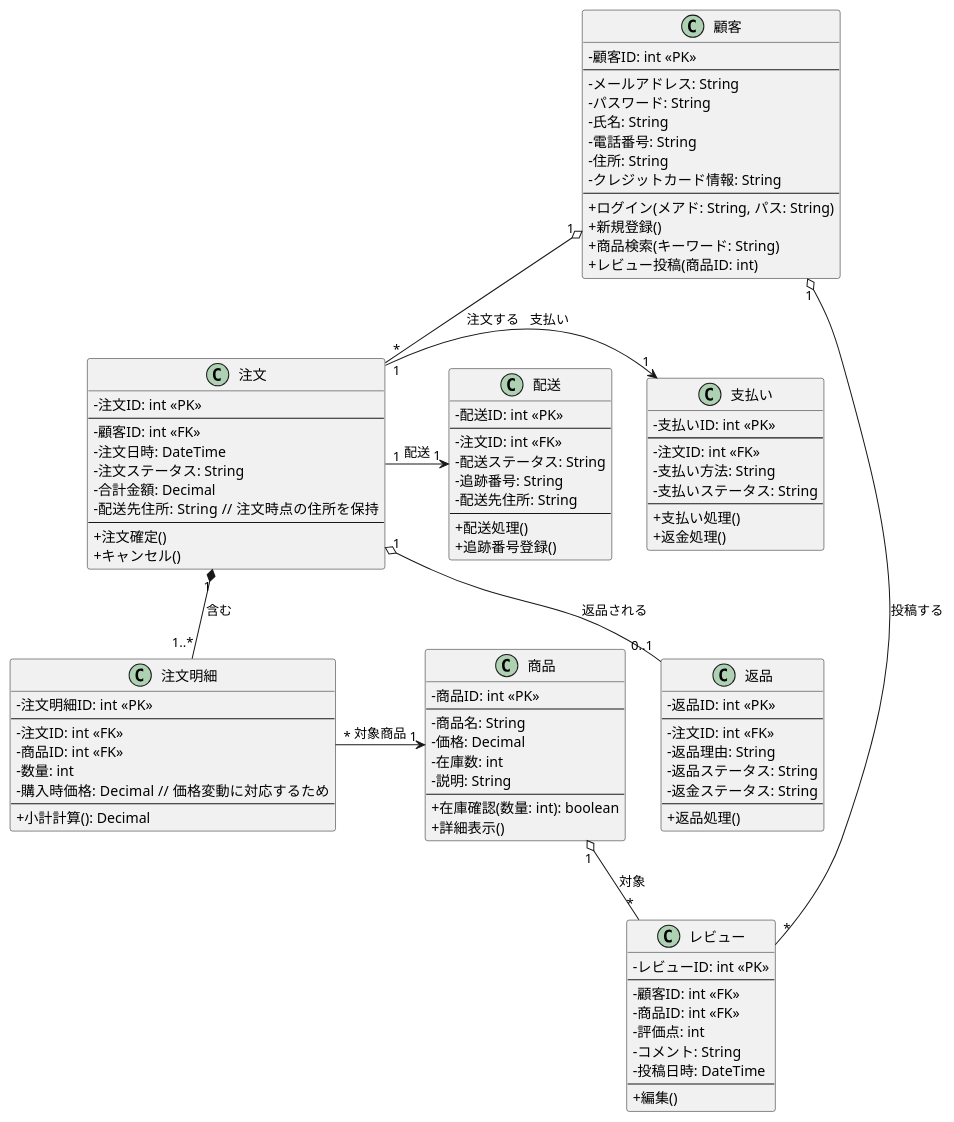
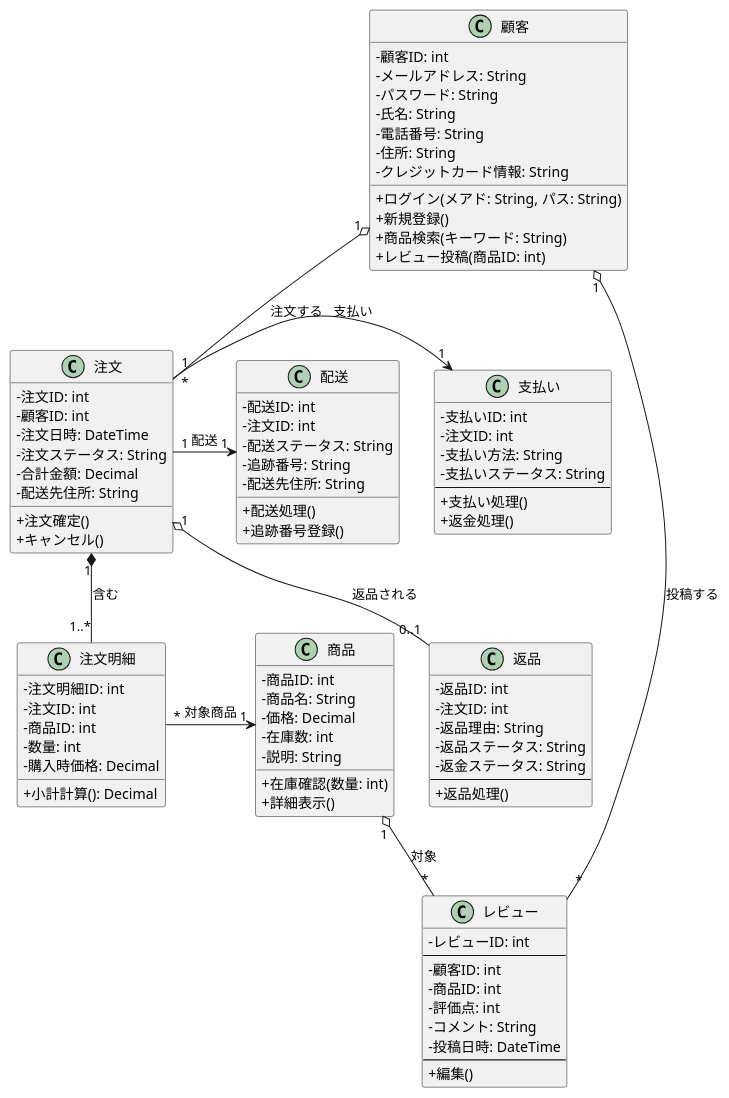
One commit to mameiku/group3-4 changed the diagram in class.pu. Above: the diagram before and after it, drawn with PlantUML.

Commit message:
翔調整

```diff
--- a/class.pu
+++ b/class.pu
@@ -1,133 +1,121 @@
 @startuml Bag_systemドメインモデル図
 skinparam handwritten false
 skinparam classAttributeIconSize 0
 
 class 顧客 {
-    - 顧客ID: int <<PK>>
-    --
+    - 顧客ID: int
     - メールアドレス: String
     - パスワード: String
     - 氏名: String
     - 電話番号: String
     - 住所: String
     - クレジットカード情報: String
-    --
     + ログイン(メアド: String, パス: String)
     + 新規登録()
     + 商品検索(キーワード: String)
     + レビュー投稿(商品ID: int)
 }
 
 class 商品 {
-    - 商品ID: int <<PK>>
-    --
+    - 商品ID: int
     - 商品名: String
     - 価格: Decimal
     - 在庫数: int
     - 説明: String
-    --
-    + 在庫確認(数量: int): boolean
+    + 在庫確認(数量: int)
     + 詳細表示()
 }
 
 class 注文 {
-    - 注文ID: int <<PK>>
-    --
-    - 顧客ID: int <<FK>>
+    - 注文ID: int 
+    - 顧客ID: int 
     - 注文日時: DateTime
     - 注文ステータス: String
     - 合計金額: Decimal
-    - 配送先住所: String  // 注文時点の住所を保持
-    --
+    - 配送先住所: String
     + 注文確定()
     + キャンセル()
 }
 
 class 注文明細 {
-    - 注文明細ID: int <<PK>>
-    --
-    - 注文ID: int <<FK>>
-    - 商品ID: int <<FK>>
+    - 注文明細ID: int 
+    - 注文ID: int 
+    - 商品ID: int 
     - 数量: int
-    - 購入時価格: Decimal  // 価格変動に対応するため
-    --
+    - 購入時価格: Decimal
     + 小計計算(): Decimal
 }
 
 class レビュー {
-    - レビューID: int <<PK>>
+    - レビューID: int 
     --
-    - 顧客ID: int <<FK>>
-    - 商品ID: int <<FK>>
+    - 顧客ID: int
+    - 商品ID: int
     - 評価点: int
     - コメント: String
     - 投稿日時: DateTime
     --
     + 編集()
 }
 
 class 支払い {
-    - 支払いID: int <<PK>>
-    --
-    - 注文ID: int <<FK>>
+    - 支払いID: int 
+    - 注文ID: int 
     - 支払い方法: String
     - 支払いステータス: String
     --
     + 支払い処理()
     + 返金処理()
 }
 
 class 配送 {
-    - 配送ID: int <<PK>>
-    --
-    - 注文ID: int <<FK>>
+    - 配送ID: int
+    - 注文ID: int
     - 配送ステータス: String
     - 追跡番号: String
     - 配送先住所: String
-    --
     + 配送処理()
     + 追跡番号登録()
 }
 
 class 返品 {
-    - 返品ID: int <<PK>>
-    --
-    - 注文ID: int <<FK>>
+    - 返品ID: int
+    - 注文ID: int
     - 返品理由: String
     - 返品ステータス: String
     - 返金ステータス: String
     --
     + 返品処理()
 }
 
 ' ====================================================================
 ' 関連定義 (Associations)
 ' ====================================================================
 
 ' 顧客 - 注文 
 顧客 "1" o-- "*" 注文 : 注文する
 
 ' 注文 - 注文明細 (注文は複数の明細を持つ)
 注文 "1" *-- "1..*" 注文明細 : 含む
 
 ' ********** 修正箇所 **********
 ' 注文明細 -> 商品 (注文明細から商品を参照する一方向)
 注文明細 "*" -> "1" 商品 : 対象商品
 ' ******************************
 
 ' 顧客 - レビュー
 顧客 "1" o-- "*" レビュー : 投稿する
 
 ' 商品 - レビュー
 商品 "1" o-- "*" レビュー : 対象
 
 ' 注文 -> 支払い
 注文 "1" -> "1" 支払い : 支払い
 
 ' 注文 -> 配送
 注文 "1" -> "1" 配送 : 配送
 
 ' 注文 - 返品
 注文 "1" o-- "0..1" 返品 : 返品される
 
 @enduml
```
